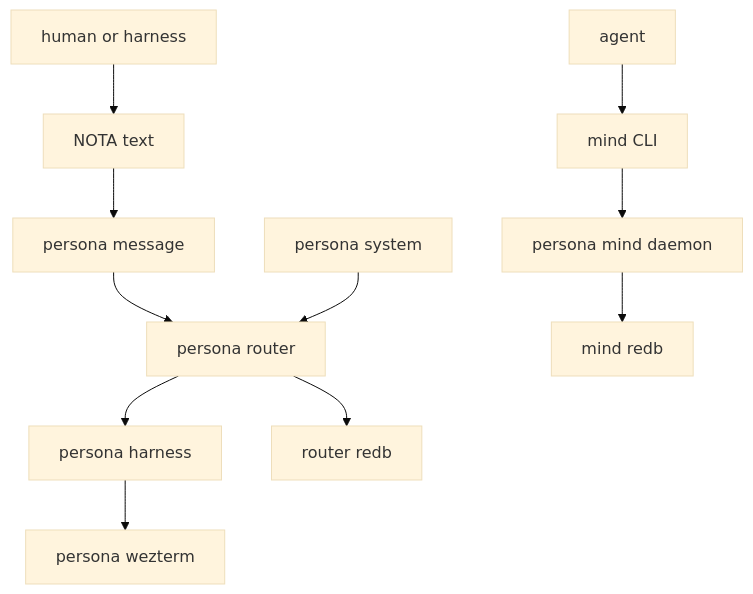
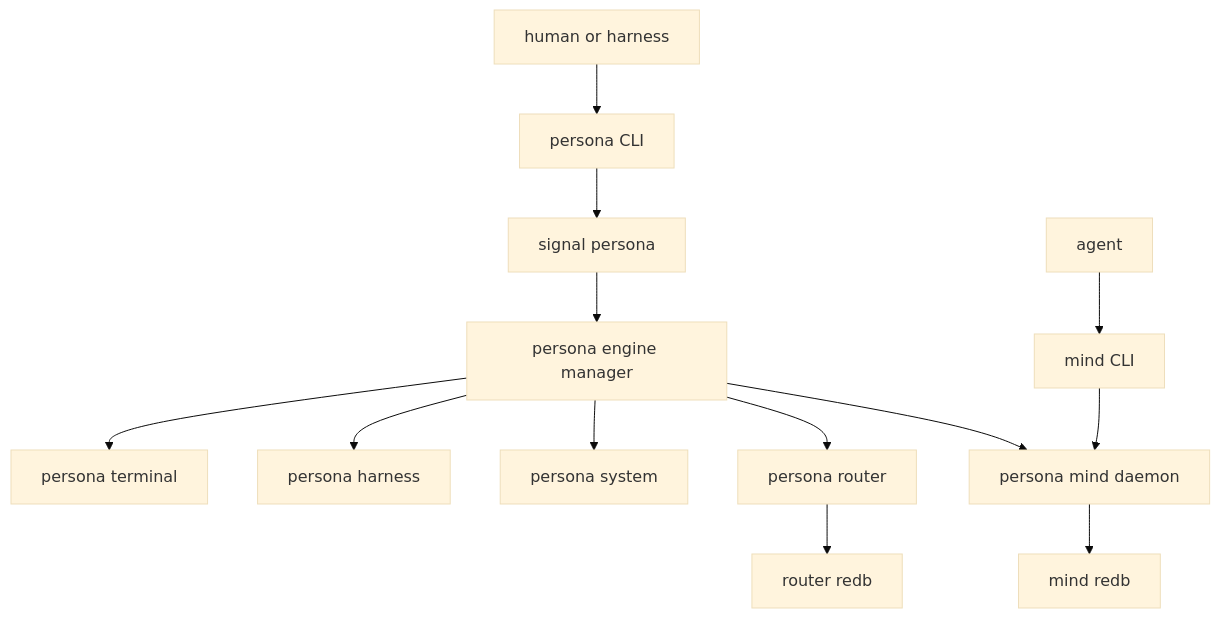
Before and after one commit to LiGoldragon/persona: the first of 6 diagrams in ARCHITECTURE.md, drawn with Mermaid (base theme). The commit also changed other lines of this file and 24 other files, not shown here.

Commit message:
persona: add engine manager runtime stub

````diff
--- a/ARCHITECTURE.md
+++ b/ARCHITECTURE.md
@@ -38,13 +49,15 @@
 ```mermaid
 graph TB
-    user[human or harness] --> text[NOTA text]
-    text --> message[persona message]
-    message --> router[persona router]
-    system[persona system] --> router
-    router --> harness[persona harness]
-    harness --> terminal[persona wezterm]
+    operator[human or harness] --> persona_cli[persona CLI]
+    persona_cli --> persona_contract[signal persona]
+    persona_contract --> manager[persona engine manager]
+    manager --> mind_daemon[persona mind daemon]
+    manager --> router[persona router]
+    manager --> system[persona system]
+    manager --> harness[persona harness]
+    manager --> terminal[persona terminal]
     agent[agent] --> mind_cli[mind CLI]
-    mind_cli --> mind_daemon[persona mind daemon]
+    mind_cli --> mind_daemon
     mind_daemon --> mind_db[mind redb]
     router --> router_db[router redb]
 ```
````
